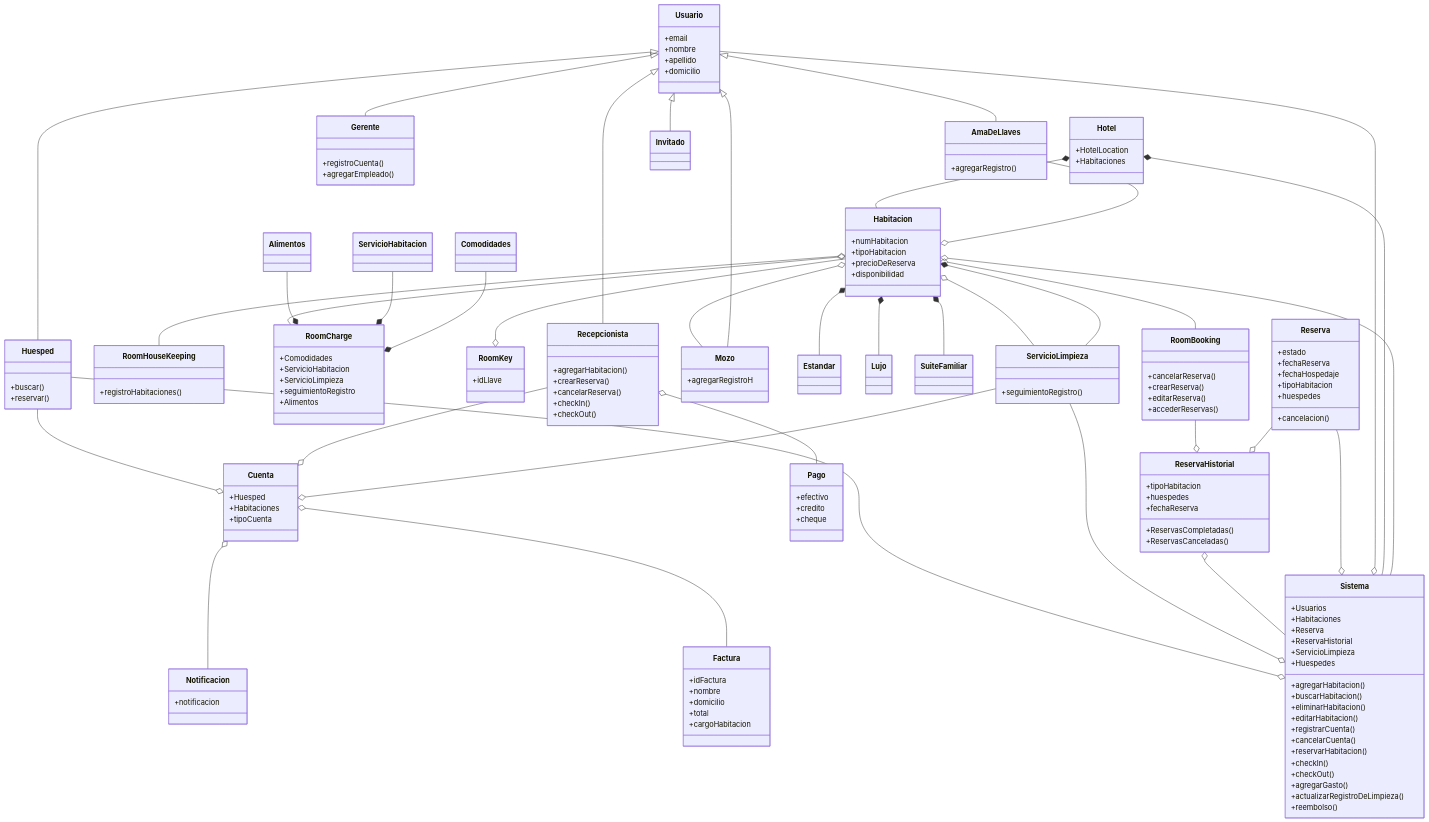
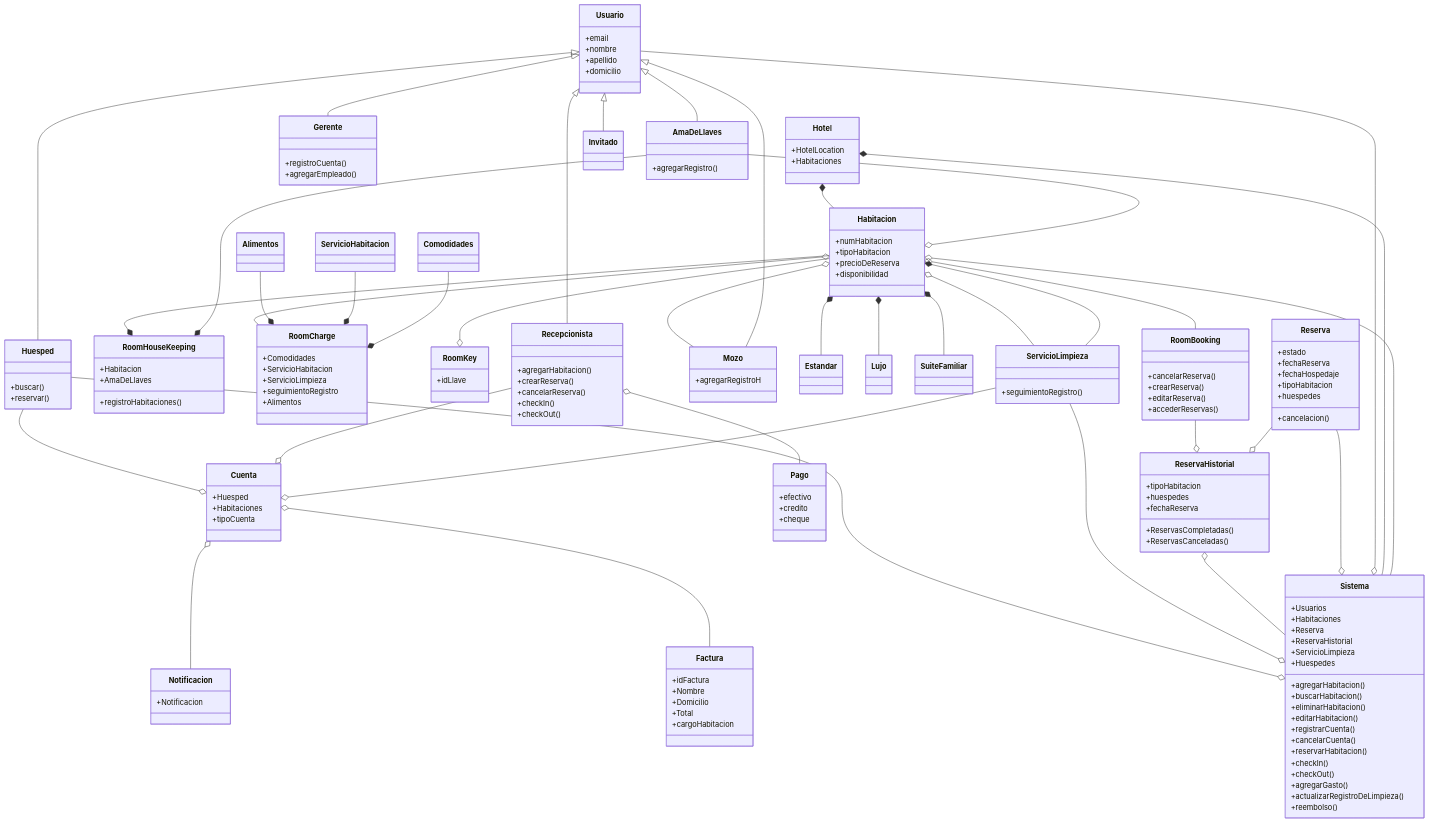
Before and after one commit to abrilchauq/Gestion-Hotelera: the diagram in doc/diagrama.mmd, drawn with Mermaid.

```diff
--- a/doc/diagrama.mmd
+++ b/doc/diagrama.mmd
@@ -1,177 +1,180 @@
 classDiagram
 
     Hotel *-- Habitacion
     
     class Hotel
     Hotel: +HotelLocation
     Hotel: +Habitaciones
 
 
 
     Habitacion o-- RoomBooking
-    Habitacion o-- RoomHouseKeeping
+    Habitacion --* RoomHouseKeeping
     Habitacion o-- RoomCharge
     Habitacion --o RoomKey
     Habitacion o-- ServicioLimpieza
     Habitacion o-- Mozo
     Habitacion *-- Estandar
     Habitacion *-- Lujo
     Habitacion *-- SuiteFamiliar
 
     class Habitacion
     Habitacion: +numHabitacion
     Habitacion: +tipoHabitacion
     Habitacion: +precioDeReserva
     Habitacion: +disponibilidad
 
     Cuenta o-- Notificacion
     Cuenta o-- Factura
 
     class Cuenta
     Cuenta: +Huesped
     Cuenta: +Habitaciones
     Cuenta: +tipoCuenta
 
     class Gerente
     Gerente: +registroCuenta()
     Gerente: +agregarEmpleado()
 
     Huesped --o Cuenta
     Huesped --o Sistema
 
     class Huesped
     Huesped: +buscar()
     Huesped: +reservar()
 
     AmaDeLlaves --o Habitacion
+    AmaDeLlaves --* RoomHouseKeeping
 
     class AmaDeLlaves
     AmaDeLlaves: +agregarRegistro()
 
     Recepcionista --o Cuenta
     Recepcionista o-- Pago
 
     class Recepcionista
     Recepcionista: +agregarHabitacion()
     Recepcionista: +crearReserva()
     Recepcionista: +cancelarReserva()
     Recepcionista: +checkIn()
     Recepcionista: +checkOut()
 
     ServicioLimpieza --o Sistema
     ServicioLimpieza --o Cuenta
     ServicioLimpieza --* Habitacion
 
     class ServicioLimpieza
     ServicioLimpieza: +seguimientoRegistro()
 
     class RoomBooking 
     RoomBooking: +cancelarReserva()
     RoomBooking: +crearReserva()
     RoomBooking: +editarReserva()
     RoomBooking: +accederReservas()
 
     RoomBooking --o ReservaHistorial
 
     class Notificacion
-    Notificacion: +notificacion
+    Notificacion: +Notificacion
 
     class RoomHouseKeeping
     RoomHouseKeeping: +registroHabitaciones()
+    RoomHouseKeeping: +Habitacion 
+    RoomHouseKeeping: +AmaDeLlaves
 
     class RoomCharge
     RoomCharge: +Comodidades
     RoomCharge: +ServicioHabitacion
     RoomCharge: +ServicioLimpieza
     RoomCharge: +seguimientoRegistro
     RoomCharge: +Alimentos
 
     class Factura
     Factura: +idFactura
-    Factura: +nombre
-    Factura: +domicilio
-    Factura: +total
+    Factura: +Nombre
+    Factura: +Domicilio
+    Factura: +Total
     Factura: +cargoHabitacion
 
     class RoomKey 
     RoomKey: +idLlave
 
     class Pago
     Pago: +efectivo
     Pago: +credito
     Pago: +cheque
 
-    ReservaHistorial o--  Sistema
+    ReservaHistorial o-- Sistema
 
     class ReservaHistorial
     ReservaHistorial: +tipoHabitacion
     ReservaHistorial: +huespedes
     ReservaHistorial: +fechaReserva
     ReservaHistorial: +ReservasCompletadas()
     ReservaHistorial: +ReservasCanceladas()
     
     Reserva --o ReservaHistorial
     Reserva --o Sistema
 
     class Reserva
     Reserva: +estado
     Reserva: +fechaReserva
     Reserva: +fechaHospedaje
     Reserva: +tipoHabitacion
     Reserva: +huespedes
     Reserva: +cancelacion()
 
     class Estandar
 
     class Lujo
 
     class SuiteFamiliar
 
     Alimentos --* RoomCharge
     class Alimentos
 
     ServicioHabitacion --* RoomCharge
     class ServicioHabitacion
 
     Comodidades --* RoomCharge
     class Comodidades
 
     class Mozo
     Mozo: +agregarRegistroH
 
     Usuario <|-- Huesped
-    Usuario <|--  AmaDeLlaves
+    Usuario <|-- AmaDeLlaves
     Usuario <|-- Mozo 
     Usuario <|-- Recepcionista
     Usuario <|-- Invitado
     Usuario <|-- Gerente
     Usuario --o Sistema
 
     class Usuario
     Usuario: +email
     Usuario: +nombre
     Usuario: +apellido
     Usuario: +domicilio
 
     Sistema --* Hotel
     Sistema --o Habitacion
 
     class Sistema
     Sistema: +Usuarios
     Sistema: +Habitaciones
     Sistema: +Reserva
     Sistema: +ReservaHistorial
     Sistema: +ServicioLimpieza
     Sistema: +Huespedes
     Sistema: +agregarHabitacion()
     Sistema: +buscarHabitacion()
     Sistema: +eliminarHabitacion()
     Sistema: +editarHabitacion()
     Sistema: +registrarCuenta()
     Sistema: +cancelarCuenta()
     Sistema: +reservarHabitacion()
     Sistema: +checkIn()
     Sistema: +checkOut()
     Sistema: +agregarGasto()
     Sistema: +actualizarRegistroDeLimpieza()
     Sistema: +reembolso()
```
